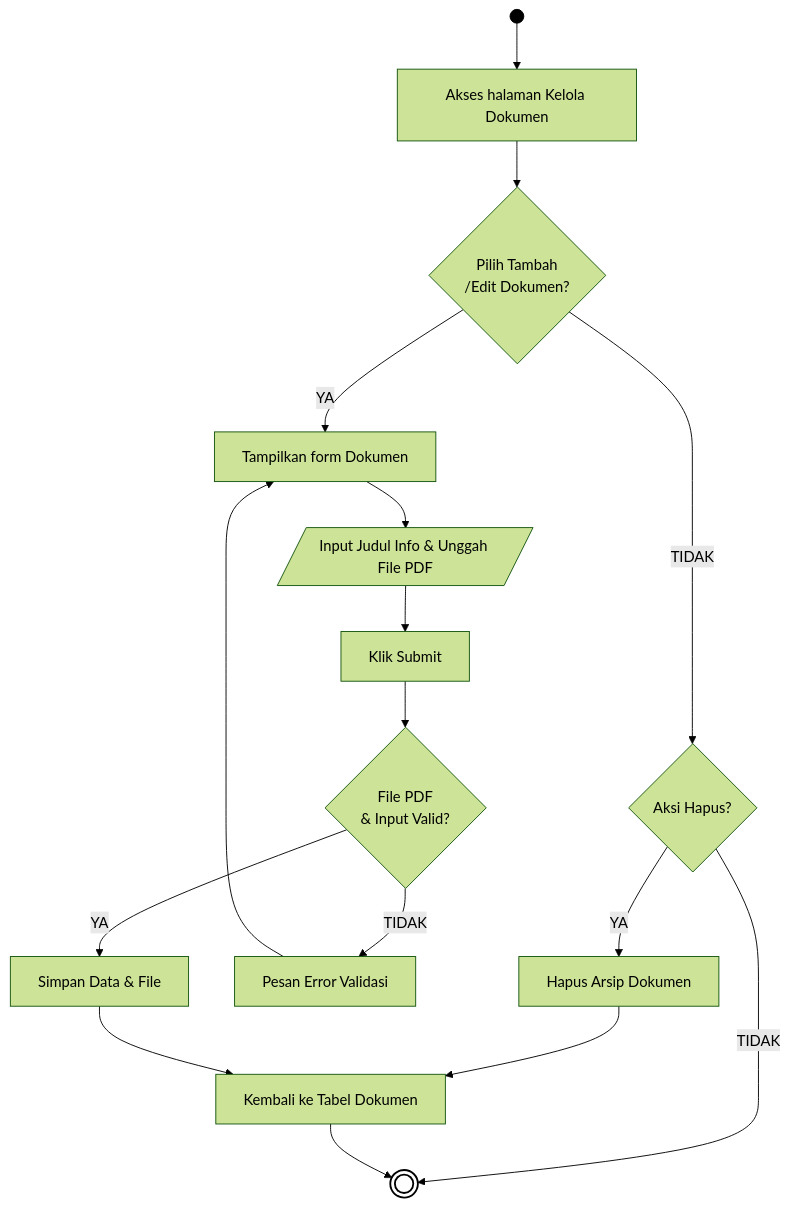
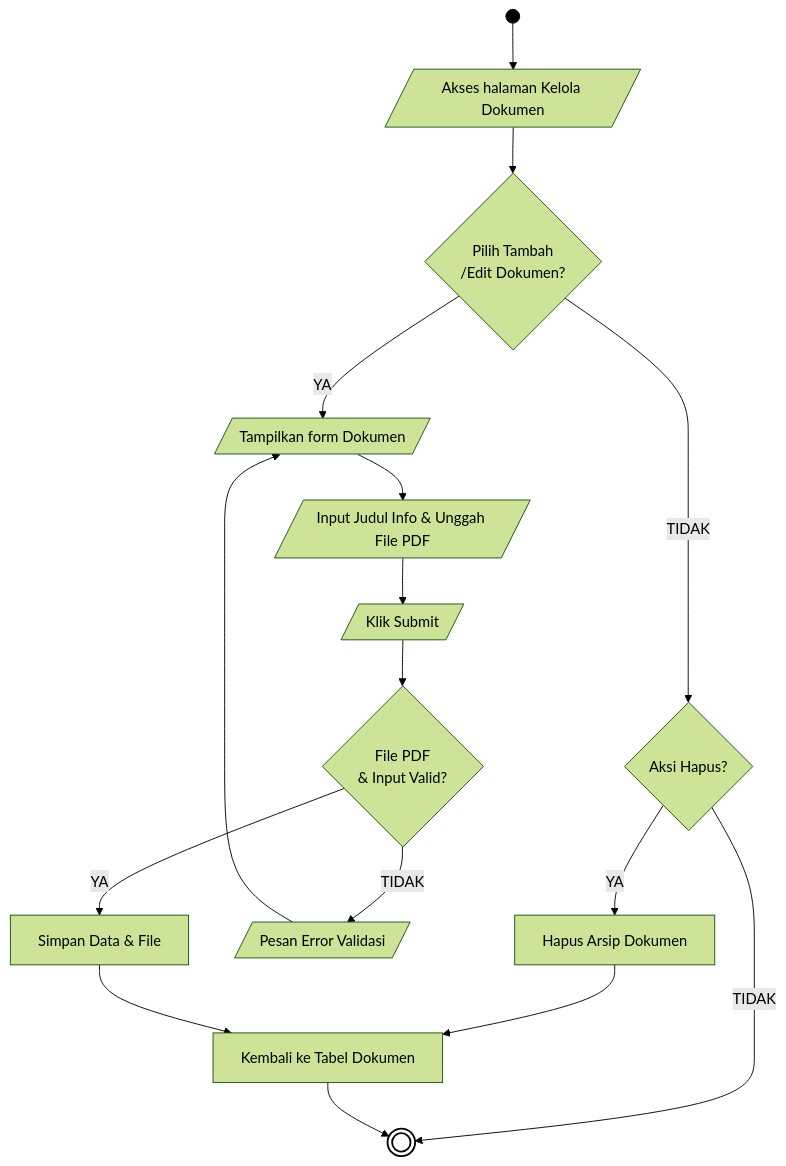
Diagram 16 of 21 in docs/01_DIAGRAM_AKTIVITAS.md (arbain-dev/Web_fikom), drawn with Mermaid (forest theme) before and after one commit. The commit also changed other lines of this file, not shown here.

````diff
--- a/docs/01_DIAGRAM_AKTIVITAS.md
+++ b/docs/01_DIAGRAM_AKTIVITAS.md
@@ -529,26 +529,26 @@
 ```mermaid
 flowchart TD
-    Start(( )) --> A[Akses halaman Kelola Dokumen]
+    Start(( )) --> A[/Akses halaman Kelola Dokumen/]
     
     A --> B{Pilih Tambah\n/Edit Dokumen?}
     
     B -- TIDAK --> Hapus{Aksi Hapus?}
     Hapus -- YA --> HC[Hapus Arsip Dokumen]
     Hapus -- TIDAK --> End((( )))
     HC --> I[Kembali ke Tabel Dokumen]
     
-    B -- YA --> C[Tampilkan form Dokumen]
+    B -- YA --> C[/Tampilkan form Dokumen/]
     C --> D[/Input Judul Info & Unggah File PDF/]
-    D --> E[Klik Submit]
+    D --> E[/Klik Submit/]
     
     E --> F{File PDF\n& Input Valid?}
-    F -- TIDAK --> G[Pesan Error Validasi]
+    F -- TIDAK --> G[/Pesan Error Validasi/]
     G --> C
     
     F -- YA --> H[Simpan Data & File]
     H --> I
     I --> End
     
     style Start fill:#000,stroke:#000,color:#000
     style End fill:#fff,stroke:#000,stroke-width:2px
 ```
````
